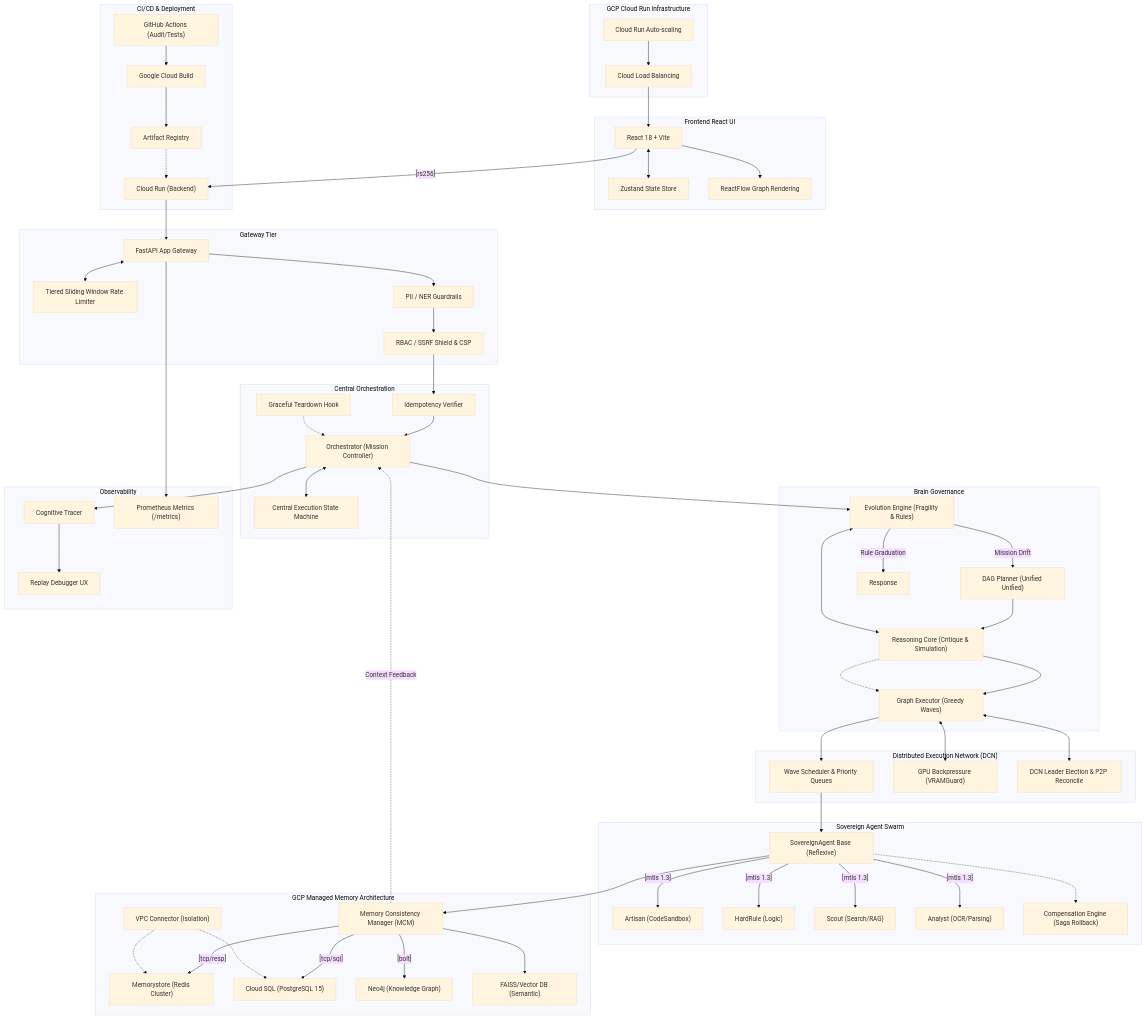
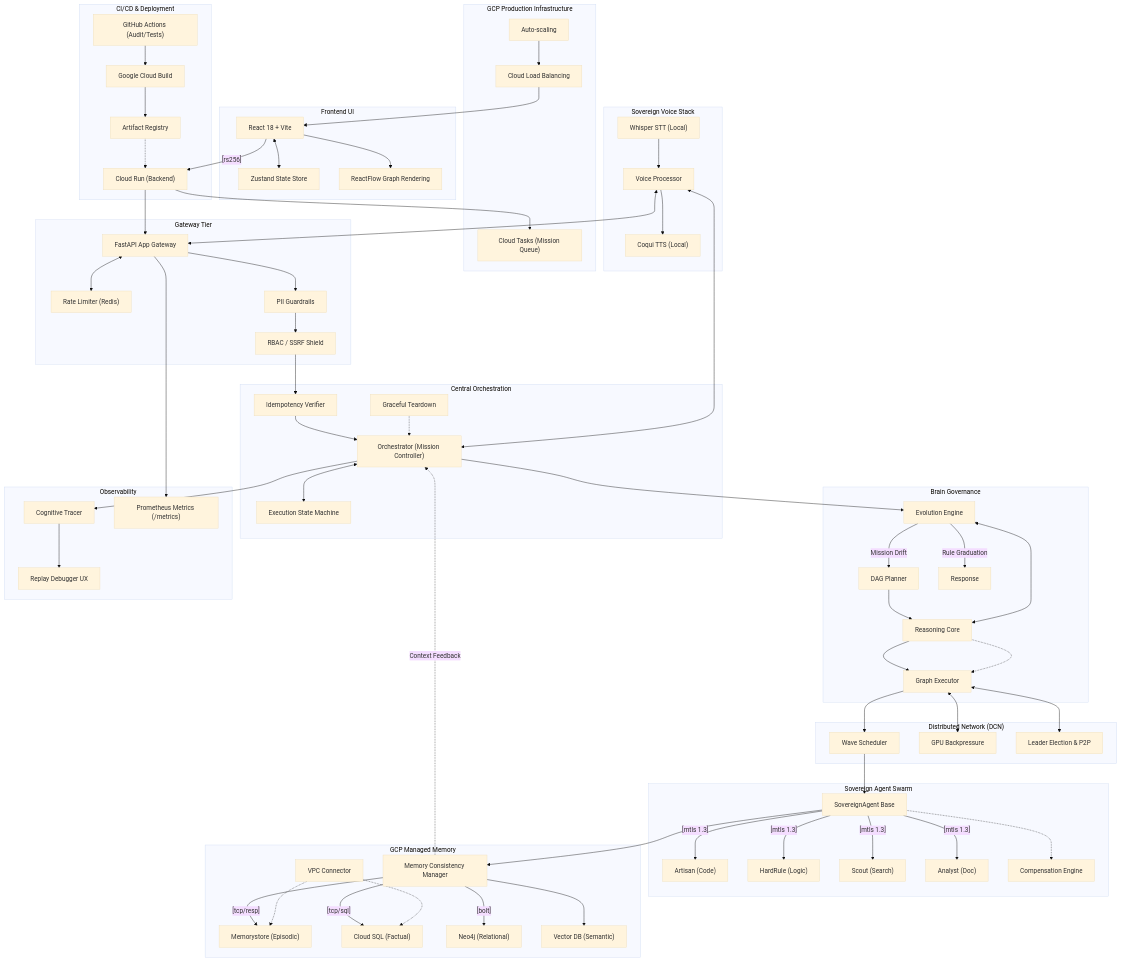
Before and after one commit to Blackdrg/levi-ai-innovate: the fourth of 4 diagrams in README.md, drawn with Mermaid (base theme). The commit also changed other lines of this file and 25 other files, not shown here.

Commit message:
feat: integrate Sovereign Voice Stack (Phase 1) and update production architecture diagrams

```diff
--- a/README.md
+++ b/README.md
@@ -222,12 +228,20 @@
 graph TD;
 
   %% === Ingress & Infrastructure ===
-  subgraph Frontend React UI
+  subgraph Frontend UI
     UI["React 18 + Vite"]
     STOR["Zustand State Store"]
     FLOW["ReactFlow Graph Rendering"]
     UI <--> STOR
     UI --> FLOW
+  end
+
+  subgraph Sovereign Voice Stack
+    STT["Whisper STT (Local)"]
+    TTS["Coqui TTS (Local)"]
+    VP["Voice Processor"]
+    STT --> VP
+    VP --> TTS
   end
 
   subgraph CI/CD & Deployment
@@ -239,45 +253,49 @@
     REG -.-> RUN
   end
 
-  subgraph GCP Cloud Run Infrastructure
+  subgraph GCP Production Infrastructure
     RUN["Cloud Run (Backend)"]
-    LB[Cloud Load Balancing]
-    HPA[Cloud Run Auto-scaling]
+    LB["Cloud Load Balancing"]
+    HPA["Auto-scaling"]
+    CLT["Cloud Tasks (Mission Queue)"]
     LB --> UI
     UI --"[rs256]"--> RUN
     HPA --> LB
+    RUN --> CLT
   end
 
   subgraph Gateway Tier
     GW["FastAPI App Gateway"]
-    RATE["Tiered Sliding Window Rate Limiter"]
-    SH["RBAC / SSRF Shield & CSP"]
-    PII["PII / NER Guardrails"]
+    RATE["Rate Limiter (Redis)"]
+    SH["RBAC / SSRF Shield"]
+    PII["PII Guardrails"]
     
     RUN --> GW
     GW <--> RATE
     GW --> PII
     PII --> SH
+    VP <--> GW
   end
 
   %% === Central Orchestration ===
   subgraph Central Orchestration
     ORC["Orchestrator (Mission Controller)"]
-    SM["Central Execution State Machine"]
-    TEAR["Graceful Teardown Hook"]
+    SM["Execution State Machine"]
+    TEAR["Graceful Teardown"]
     IDEMP["Idempotency Verifier"]
     
     SH --> IDEMP
     IDEMP --> ORC
     ORC <--> SM
     TEAR -.-> ORC
+    VP <--> ORC
   end
 
   %% === Brain Governance ===
   subgraph Brain Governance
-    PL["DAG Planner (Unified Unified)"]
-    RC["Reasoning Core (Critique & Simulation)"]
-    EVO["Evolution Engine (Fragility & Rules)"]
+    PL["DAG Planner"]
+    RC["Reasoning Core"]
+    EVO["Evolution Engine"]
     
     ORC --> EVO
     EVO --"Rule Graduation"--> Response
@@ -287,12 +305,12 @@
     RC --> EX
   end
 
-  %% === Execution & Distributed Network ===
-  subgraph DCN_NET ["Distributed Execution Network (DCN)"]
-    EX["Graph Executor (Greedy Waves)"]
-    SCHED["Wave Scheduler & Priority Queues"]
-    VRAM["GPU Backpressure (VRAMGuard)"]
-    DCN["DCN Leader Election & P2P Reconcile"]
+  %% === Execution & DCN ===
+  subgraph DCN_NET ["Distributed Network (DCN)"]
+    EX["Graph Executor"]
+    SCHED["Wave Scheduler"]
+    VRAM["GPU Backpressure"]
+    DCN["Leader Election & P2P"]
     
     RC -.-> EX
     EX --> SCHED
@@ -302,12 +320,12 @@
 
   %% === Agent Ecosystem ===
   subgraph Sovereign Agent Swarm
-    AG_BASE["SovereignAgent Base (Reflexive)"]
-    AG_CODE["Artisan (CodeSandbox)"]
+    AG_BASE["SovereignAgent Base"]
+    AG_CODE["Artisan (Code)"]
     AG_TASK["HardRule (Logic)"]
-    AG_SEARCH["Scout (Search/RAG)"]
-    AG_DOC["Analyst (OCR/Parsing)"]
-    COMPENSE["Compensation Engine (Saga Rollback)"]
+    AG_SEARCH["Scout (Search)"]
+    AG_DOC["Analyst (Doc)"]
+    COMPENSE["Compensation Engine"]
     
     SCHED --> AG_BASE
     AG_BASE --"[mtls 1.3]"--> AG_CODE
@@ -317,14 +335,14 @@
     AG_BASE -.-> COMPENSE
   end
 
-  %% === Memory Integrity ===
-  subgraph GCP Managed Memory Architecture
-    MCM["Memory Consistency Manager (MCM)"]
-    RED["Memorystore (Redis Cluster)"]
-    PG["Cloud SQL (PostgreSQL 15)"]
-    NEO["Neo4j (Knowledge Graph)"]
-    VEC["FAISS/Vector DB (Semantic)"]
-    VPC["VPC Connector (Isolation)"]
+  %% === GCP Memory & Consistency ===
+  subgraph GCP Managed Memory
+    MCM["Memory Consistency Manager"]
+    RED["Memorystore (Episodic)"]
+    PG["Cloud SQL (Factual)"]
+    NEO["Neo4j (Relational)"]
+    VEC["Vector DB (Semantic)"]
+    VPC["VPC Connector"]
     
     AG_BASE --> MCM
     MCM --"[tcp/resp]"--> RED
```
